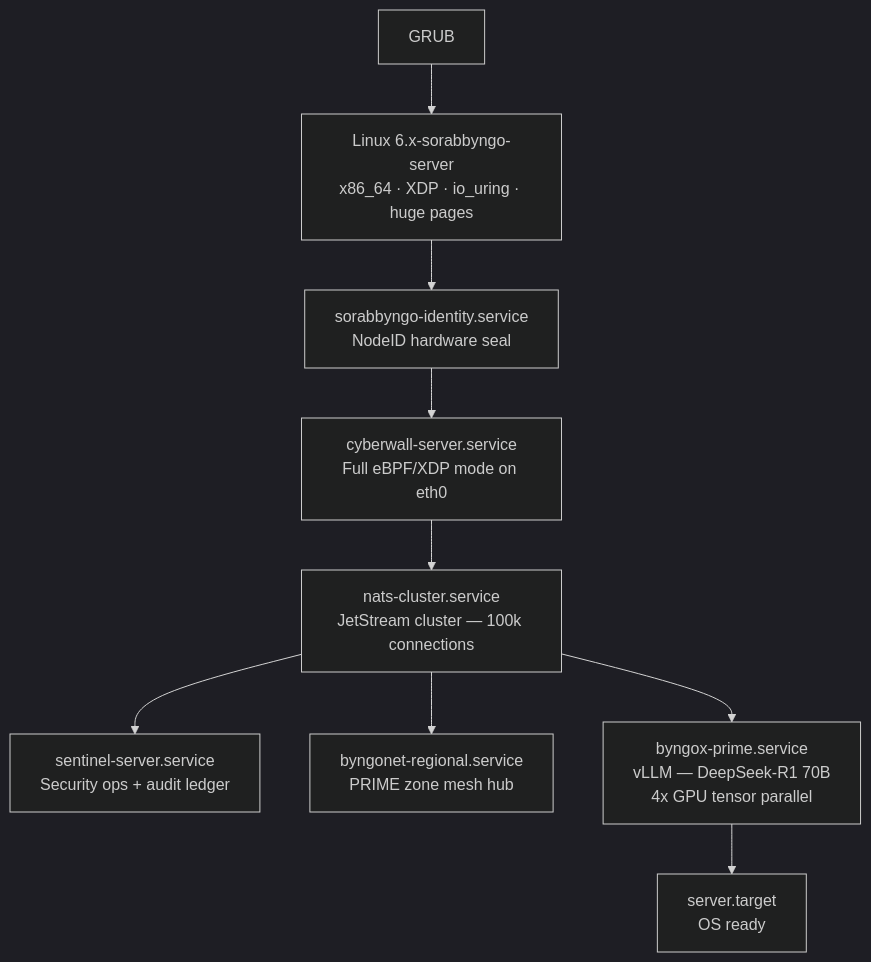
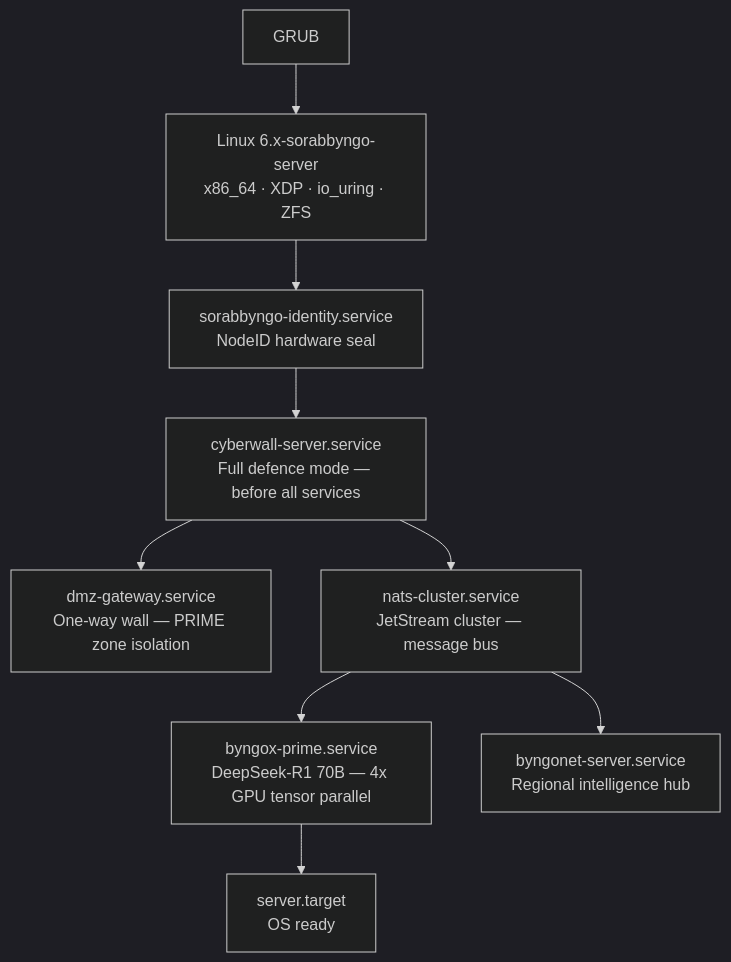
One commit to sorabbyngo-os/server-os changed the diagram in README.md. Above: the diagram before and after it, drawn with Mermaid (dark theme). The commit also changed other lines of this file and 8 other files, not shown here.

Commit message:
feat: Server OS — silver glitch banner, hospital/prime/regional/city roles, vLLM + NATS + DMZ units

````diff
--- a/README.md
+++ b/README.md
@@ -13,11 +13,11 @@
 ```mermaid
 graph TD
-    BOOT["GRUB"] --> KERNEL["Linux 6.x-sorabbyngo-server\nx86_64 · XDP · io_uring · huge pages"]
+    BOOT["GRUB"] --> KERNEL["Linux 6.x-sorabbyngo-server\nx86_64 · XDP · io_uring · ZFS"]
     KERNEL --> IDENTITY["sorabbyngo-identity.service\nNodeID hardware seal"]
-    IDENTITY --> CW["cyberwall-server.service\nFull eBPF/XDP mode on eth0"]
-    CW --> NATS["nats-cluster.service\nJetStream cluster — 100k connections"]
-    NATS --> SENTINEL["sentinel-server.service\nSecurity ops + audit ledger"]
-    NATS --> BYNGONET["byngonet-regional.service\nPRIME zone mesh hub"]
-    NATS --> PRIME["byngox-prime.service\nvLLM — DeepSeek-R1 70B\n4x GPU tensor parallel"]
+    IDENTITY --> CW["cyberwall-server.service\nFull defence mode — before all services"]
+    CW --> DMZ["dmz-gateway.service\nOne-way wall — PRIME zone isolation"]
+    CW --> NATS["nats-cluster.service\nJetStream cluster — message bus"]
+    NATS --> PRIME["byngox-prime.service\nDeepSeek-R1 70B — 4x GPU tensor parallel"]
+    NATS --> BYNGONET["byngonet-server.service\nRegional intelligence hub"]
     PRIME --> TARGET["server.target\nOS ready"]
 ```
````
